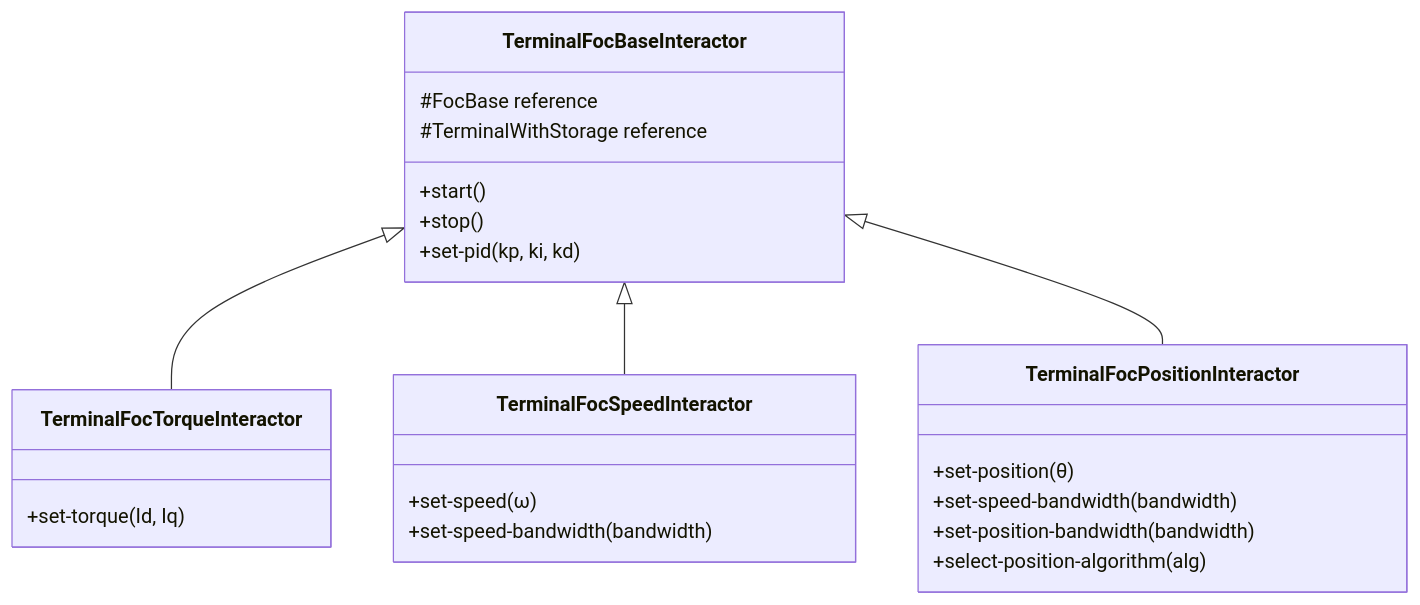
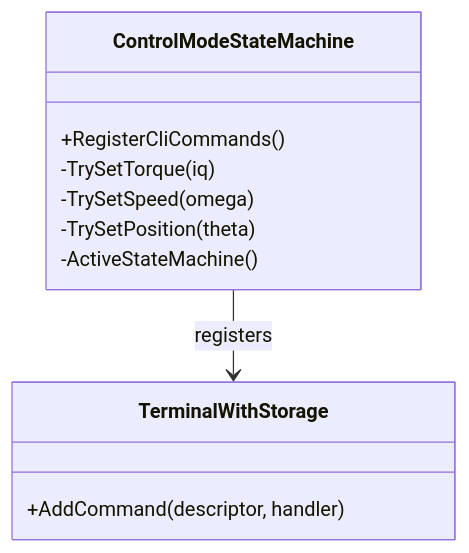
The first of 3 diagrams in documentation/design/service-cli.md (embedded-pro/e-foc), drawn with Mermaid before and after one commit. The commit also changed other lines of this file and 5 other files, not shown here.

````diff
--- a/documentation/design/service-cli.md
+++ b/documentation/design/service-cli.md
@@ -52,27 +56,14 @@
 ```mermaid
 classDiagram
-    class TerminalFocBaseInteractor {
-        +start()
-        +stop()
-        +set-pid(kp, ki, kd)
-        #FocBase reference
-        #TerminalWithStorage reference
+    class ControlModeStateMachine {
+        +RegisterCliCommands()
+        -TrySetTorque(iq)
+        -TrySetSpeed(omega)
+        -TrySetPosition(theta)
+        -ActiveStateMachine()
     }
-    class TerminalFocTorqueInteractor {
-        +set-torque(Id, Iq)
+    class TerminalWithStorage {
+        +AddCommand(descriptor, handler)
     }
-    class TerminalFocSpeedInteractor {
-        +set-speed(ω)
-        +set-speed-bandwidth(bandwidth)
-    }
-    class TerminalFocPositionInteractor {
-        +set-position(θ)
-        +set-speed-bandwidth(bandwidth)
-        +set-position-bandwidth(bandwidth)
-        +select-position-algorithm(alg)
-    }
-
-    TerminalFocBaseInteractor <|-- TerminalFocTorqueInteractor
-    TerminalFocBaseInteractor <|-- TerminalFocSpeedInteractor
-    TerminalFocBaseInteractor <|-- TerminalFocPositionInteractor
+    ControlModeStateMachine --> TerminalWithStorage : registers
 ```
````
